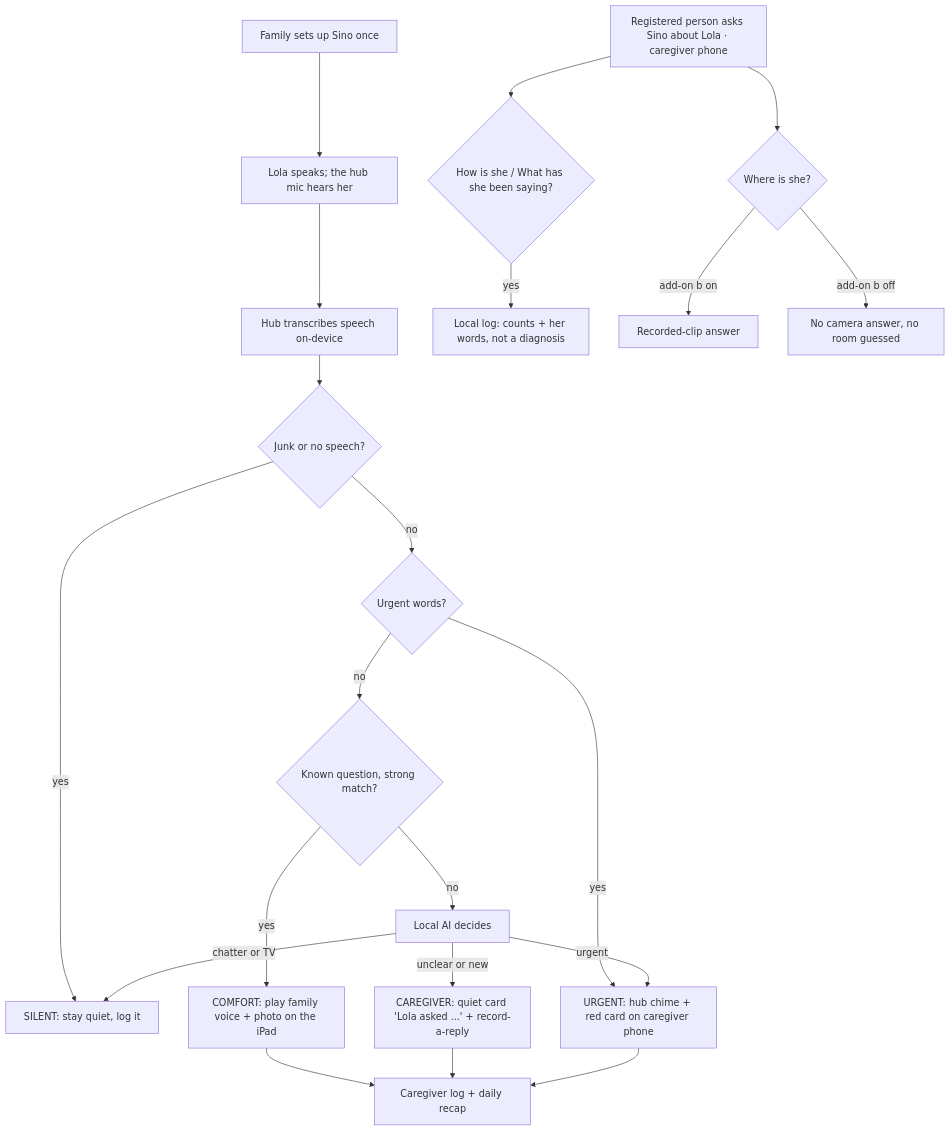
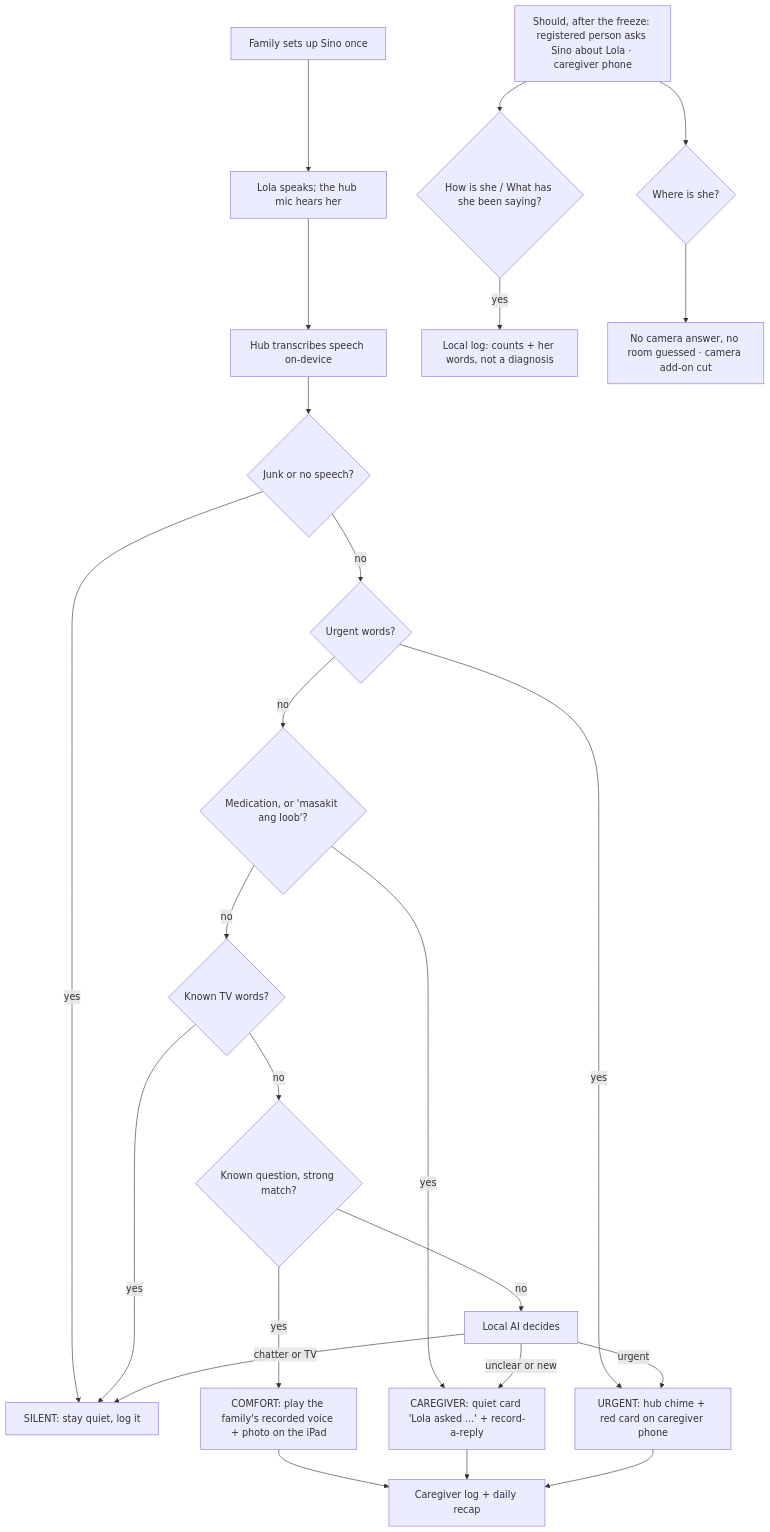
The diagram in docs/sino/README.md (Troy-LL/appsolutely), drawn with Mermaid before and after one commit. The commit also changed other lines of this file and 17 other files, not shown here.

````diff
--- a/docs/sino/README.md
+++ b/docs/sino/README.md
@@ -26,24 +26,27 @@
 ```mermaid
 flowchart TD
   A[Family sets up Sino once] --> B[Lola speaks; the hub mic hears her]
   B --> C[Hub transcribes speech on-device]
   C --> J{Junk or no speech?}
   J -- yes --> Q
   J -- no --> D{Urgent words?}
   D -- yes --> U[URGENT: hub chime + red card on caregiver phone]
-  D -- no --> E{Known question, strong match?}
-  E -- yes --> S[COMFORT: play family voice + photo on the iPad]
+  D -- no --> M{Medication, or 'masakit ang loob'?}
+  M -- yes --> K
+  M -- no --> TV{Known TV words?}
+  TV -- yes --> Q
+  TV -- no --> E{Known question, strong match?}
+  E -- yes --> S[COMFORT: play the family's recorded voice + photo on the iPad]
   E -- no --> F[Local AI decides]
   F -- urgent --> U
   F -- unclear or new --> K[CAREGIVER: quiet card 'Lola asked ...' + record-a-reply]
   F -- chatter or TV --> Q[SILENT: stay quiet, log it]
   S --> L[Caregiver log + daily recap]
   K --> L
   U --> L
 
-  P[Registered person asks Sino about Lola · caregiver phone] --> H{How is she / What has she been saying?}
+  P[Should, after the freeze: registered person asks Sino about Lola · caregiver phone] --> H{How is she / What has she been saying?}
   H -- yes --> LG[Local log: counts + her words, not a diagnosis]
   P --> W{Where is she?}
-  W -- add-on b on --> RC[Recorded-clip answer]
-  W -- add-on b off --> NC[No camera answer, no room guessed]
+  W --> NC[No camera answer, no room guessed · camera add-on cut]
 ```
````
